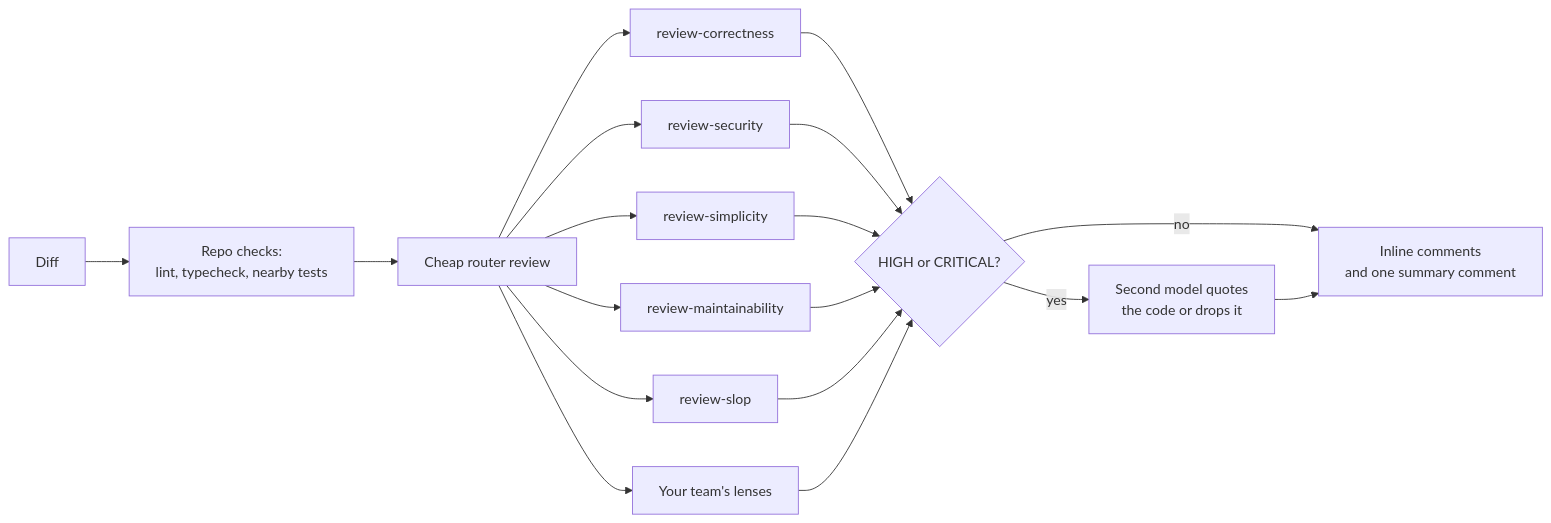
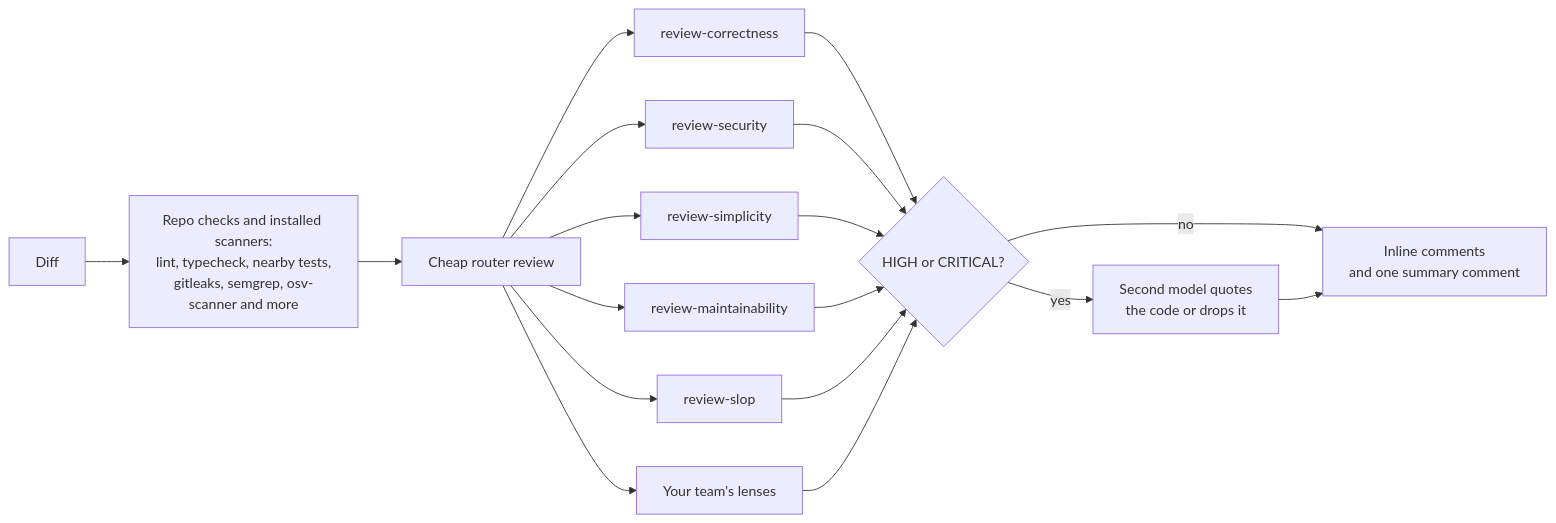
One commit to jagreehal/shepherd changed the fourth of 11 diagrams in README.md. Above: the diagram before and after it, drawn with Mermaid. The commit also changed other lines of this file and 2 other files, not shown here.

Commit message:
Run installed scanners in swarm's checks and list added suppressions (#5)

````diff
--- a/README.md
+++ b/README.md
@@ -88,15 +88,15 @@
 ```mermaid
 flowchart LR
-    D[Diff] --> CK[Repo checks:<br/>lint, typecheck, nearby tests]
+    D[Diff] --> CK[Repo checks and installed scanners:<br/>lint, typecheck, nearby tests,<br/>gitleaks, semgrep, osv-scanner and more]
     CK --> RT[Cheap router review]
     RT --> L1[review-correctness]
     RT --> L2[review-security]
     RT --> L3[review-simplicity]
     RT --> L4[review-maintainability]
     RT --> L5[review-slop]
     RT --> LT[Your team's lenses]
     L1 & L2 & L3 & L4 & L5 & LT --> VF{HIGH or CRITICAL?}
     VF -- yes --> V2[Second model quotes<br/>the code or drops it]
     VF -- no --> P
     V2 --> P[Inline comments<br/>and one summary comment]
 ```
````
